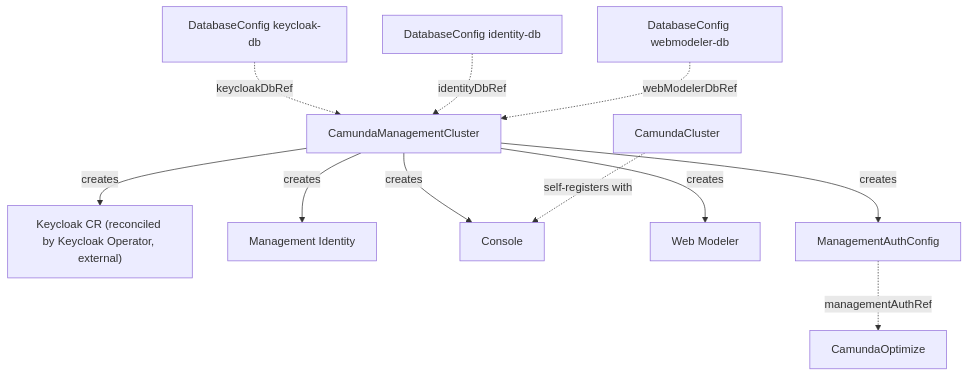
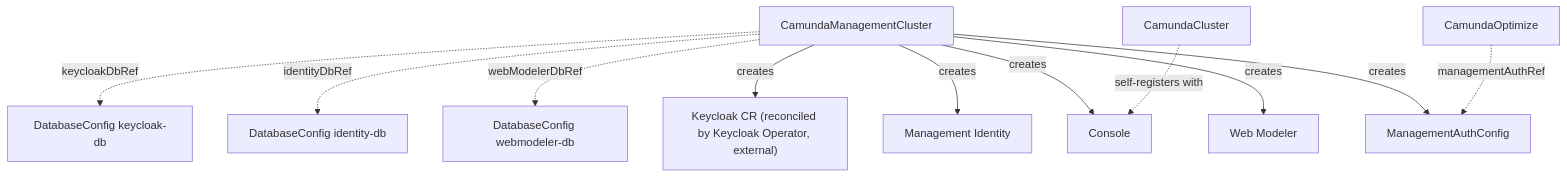
The diagram in docs/crds/camundamanagementcluster.md (konsole-is/camunda-operator), drawn with Mermaid before and after one commit. The commit also changed 1 other file, not shown here.

Commit message:
docs: point dotted diagram edges from referencing CR to referenced CR (#7)

````diff
--- a/docs/crds/camundamanagementcluster.md
+++ b/docs/crds/camundamanagementcluster.md
@@ -28,13 +28,13 @@
 ```mermaid
 graph TD
-    DCKC[DatabaseConfig keycloak-db] -.->|keycloakDbRef| MC[CamundaManagementCluster]
-    DCID[DatabaseConfig identity-db] -.->|identityDbRef| MC
-    DCWM[DatabaseConfig webmodeler-db] -.->|webModelerDbRef| MC
+    MC[CamundaManagementCluster] -.->|keycloakDbRef| DCKC[DatabaseConfig keycloak-db]
+    MC -.->|identityDbRef| DCID[DatabaseConfig identity-db]
+    MC -.->|webModelerDbRef| DCWM[DatabaseConfig webmodeler-db]
     MC -->|creates| KC["Keycloak CR (reconciled by Keycloak Operator, external)"]
     MC -->|creates| MI[Management Identity]
     MC -->|creates| CON[Console]
     MC -->|creates| WM[Web Modeler]
     MC -->|creates| MAC[ManagementAuthConfig]
-    MAC -.->|managementAuthRef| OPT[CamundaOptimize]
+    OPT[CamundaOptimize] -.->|managementAuthRef| MAC
     CC[CamundaCluster] -.->|self-registers with| CON
 ```
````
